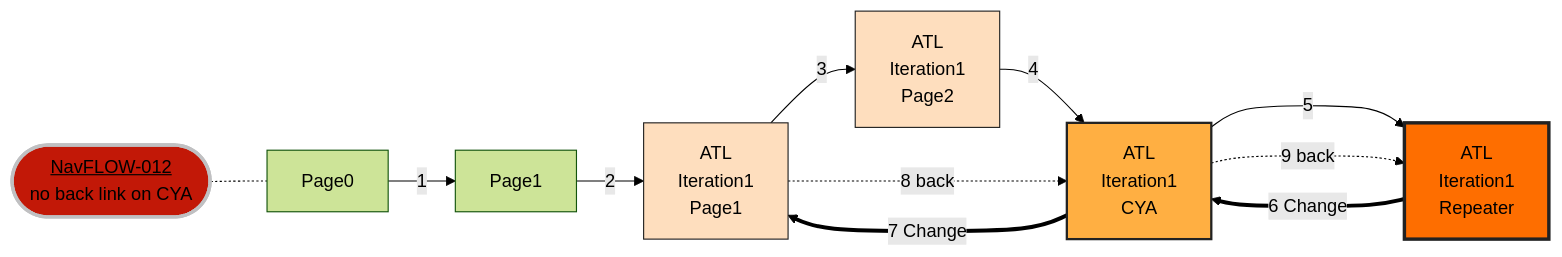
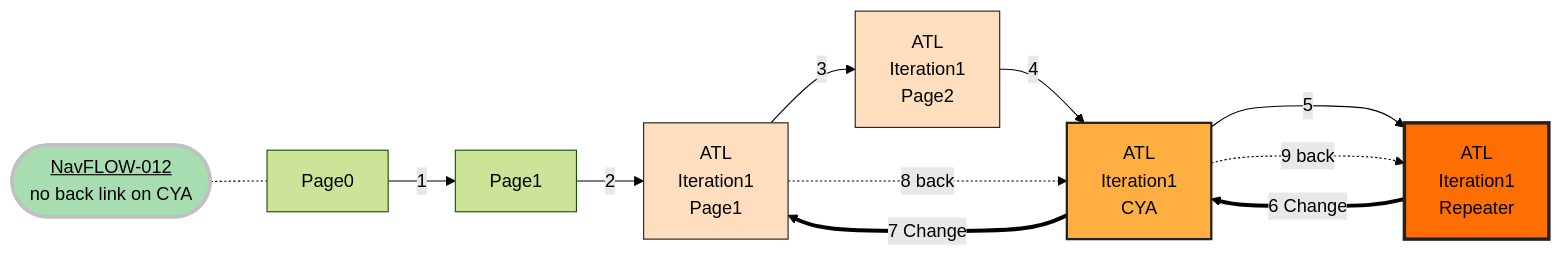
One commit to hmrc/gform-frontend changed diagram 12 of 20 in Navigation.md. Above: the diagram before and after it, drawn with Mermaid. The commit also changed other lines of this file, not shown here.

Commit message:
Navigation red -> green title

````diff
--- a/Navigation.md
+++ b/Navigation.md
@@ -341,28 +343,29 @@
 ```mermaid
 %%{init: {'theme': 'forest', "flowchart" : { "curve" : "basis" } } }%%
 graph LR;
     title([<u>NavFLOW-012</u><br> no back link on CYA])
     title -.- Page0
     Page0 --> |1| Page1
     Page1 --> |2| ATLPage1["ATL<br>Iteration1<br>Page1"]
     ATLPage1 --> |3| ATLPage2["ATL<br>Iteration1<br>Page2"]
     ATLPage2 --> |4| ATLCYA1["ATL<br>Iteration1<br>CYA"]
     ATLCYA1 --> |5| ATLRepeater["ATL<br>Iteration1<br>Repeater"]
 
     ATLRepeater ===> |6 Change|ATLCYA1
     ATLCYA1 ===> |7 Change| ATLPage1
     ATLPage1 -.8 back.-> ATLCYA1
     ATLCYA1 -.9 back.-> ATLRepeater
 
     classDef orange fill:#fedebe,stroke:#222,stroke-width:1px
     classDef orangeCYA fill:#ffaf42,stroke:#222,stroke-width:2px
     classDef orangeRepeater fill:#fe6e00,stroke:#222,stroke-width:3px
     class ATLRepeater orangeRepeater
     class ATLCYA1 orangeCYA
     class ATLPage2 orange
     class ATLPage1 orange
     classDef greenTitle fill:#a8ddb1 ,stroke:#c0c0c2,stroke-width:3px
     class title greenTitle
     classDef redTitle fill:#c21807 ,stroke:#c0c0c2,stroke-width:3px
-    class title redTitle
+    class title greenTitle
+
 ```
````
